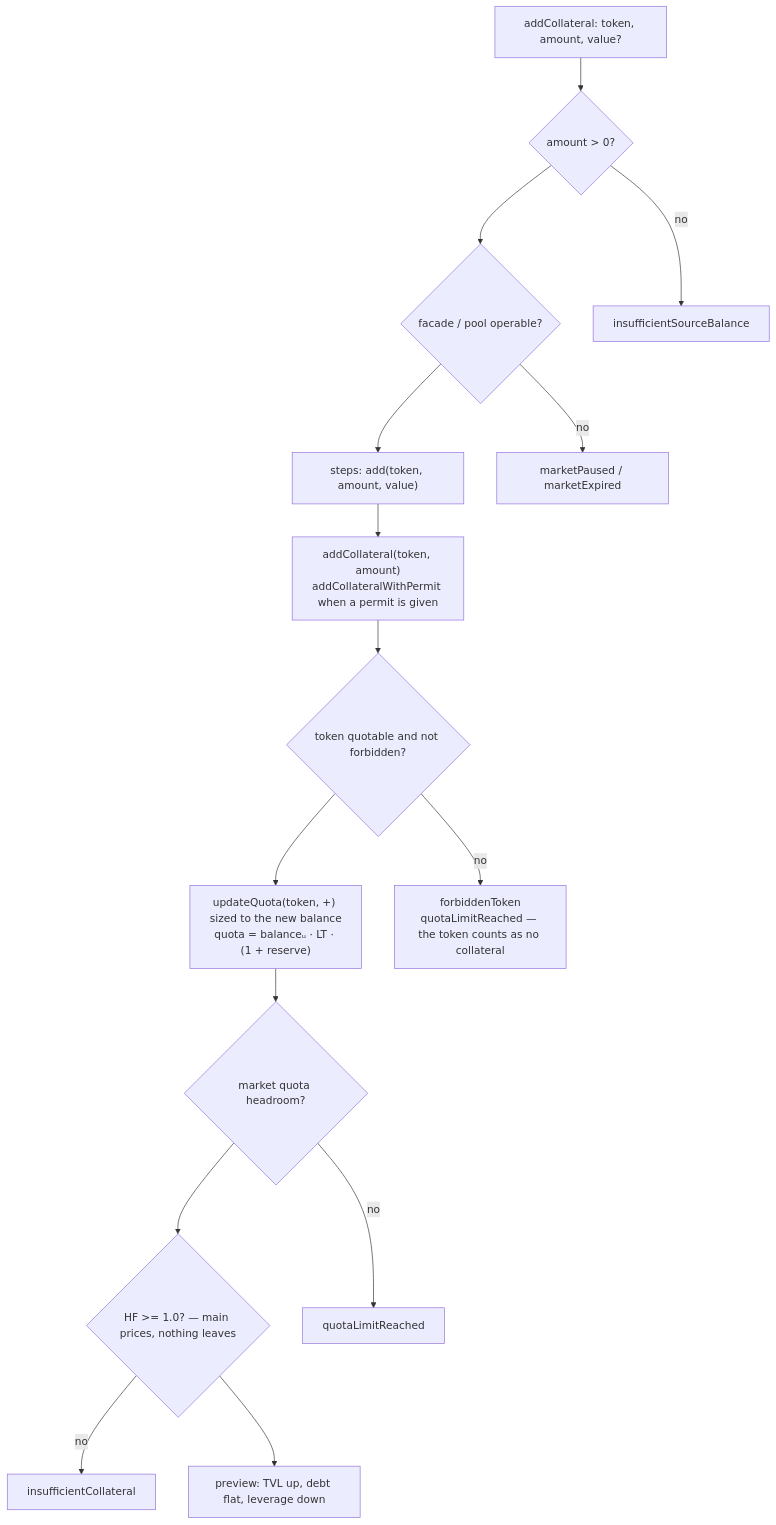
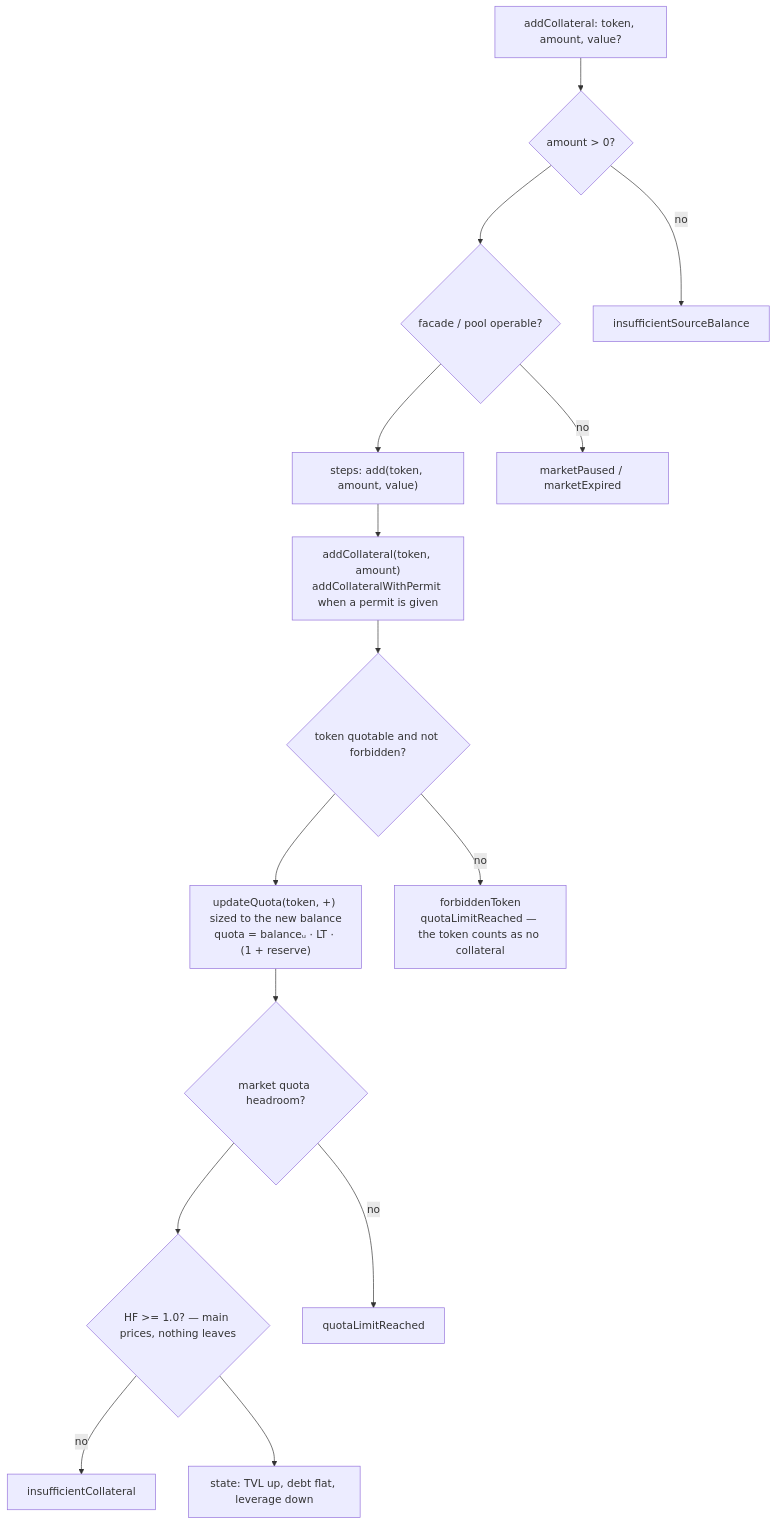
One commit to Gearbox-protocol/sdk changed the first of 2 diagrams in docs/intents/add-collateral.md. Above: the diagram before and after it, drawn with Mermaid. The commit also changed 23 other files, not shown here.

````diff
--- a/docs/intents/add-collateral.md
+++ b/docs/intents/add-collateral.md
@@ -25,25 +25,25 @@
 ```mermaid
 flowchart TD
   in["addCollateral: token, amount, value?"]
   pos{"amount > 0?"}
   op{"facade / pool operable?"}
   s["steps: add(token, amount, value)"]
   c1["addCollateral(token, amount)<br/>addCollateralWithPermit when a permit is given"]
   grow{"token quotable and not forbidden?"}
   q["updateQuota(token, +) sized to the new balance<br/>quota = balanceᵤ · LT · (1 + reserve)"]
   head{"market quota headroom?"}
   hf{"HF >= 1.0? — main prices, nothing leaves"}
-  out["preview: TVL up, debt flat, leverage down"]
+  out["state: TVL up, debt flat, leverage down"]
 
   in --> pos
   pos -->|"no"| e1["insufficientSourceBalance"]
   pos --> op
   op -->|"no"| e2["marketPaused / marketExpired"]
   op --> s --> c1 --> grow
   grow -->|"no"| e3["forbiddenToken<br/>quotaLimitReached — the token counts as no collateral"]
   grow --> q --> head
   head -->|"no"| e4["quotaLimitReached"]
   head --> hf
   hf -->|"no"| e5["insufficientCollateral"]
   hf --> out
 ```
````
